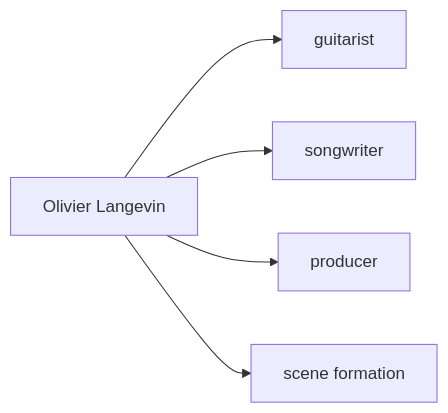
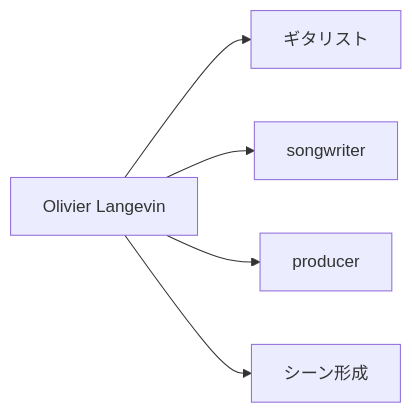
One commit to monumental-movement/monumental-movement.github.io changed the sixth of 8 diagrams in en/_posts/2026-05-07-column-galaxie.md. Above: the diagram before and after it, drawn with Mermaid. The commit also changed other lines of this file and 1012 other files, not shown here.

```diff
--- a/en/_posts/2026-05-07-column-galaxie.md
+++ b/en/_posts/2026-05-07-column-galaxie.md
@@ -373,7 +373,7 @@
 <div class="mermaid">
 graph LR
-A[Olivier Langevin] --> B[guitarist]
+A[Olivier Langevin] --> B[ギタリスト]
 A --> C[songwriter]
 A --> D[producer]
-A --> E[scene formation]
+A --> E[シーン形成]
 </div>
```
